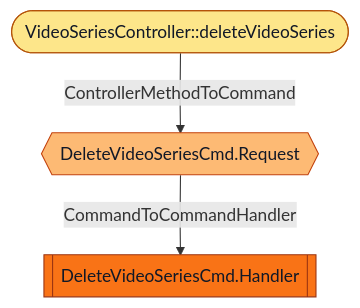
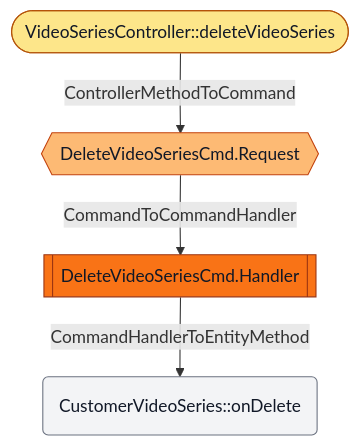
The diagram in flows/edu_only4_danmuku_adapter_portal_api_web_VideoSeriesController_deleteVideoSeries.mmd (LDmoxeii/only-danmuku), drawn with Mermaid before and after one commit. The commit also changed 11 other files, not shown here.

```diff
--- a/flows/edu_only4_danmuku_adapter_portal_api_web_VideoSeriesController_deleteVideoSeries.mmd
+++ b/flows/edu_only4_danmuku_adapter_portal_api_web_VideoSeriesController_deleteVideoSeries.mmd
@@ -1,12 +1,16 @@
 flowchart TD
   N1([VideoSeriesController::deleteVideoSeries])
   class N1 controllermethod
   N2[[DeleteVideoSeriesCmd.Handler]]
   class N2 commandhandler
   N3{{DeleteVideoSeriesCmd.Request}}
   class N3 command
+  N4(CustomerVideoSeries::onDelete)
+  class N4 entitymethod
   N1 -->|ControllerMethodToCommand| N3
+  N2 -->|CommandHandlerToEntityMethod| N4
   N3 -->|CommandToCommandHandler| N2
   classDef command fill:#FDBA74,stroke:#C2410C,color:#111827
   classDef commandhandler fill:#F97316,stroke:#9A3412,color:#111827
   classDef controllermethod fill:#FDE68A,stroke:#B45309,color:#111827
+  classDef entitymethod fill:#F3F4F6,stroke:#6B7280,color:#111827
```
